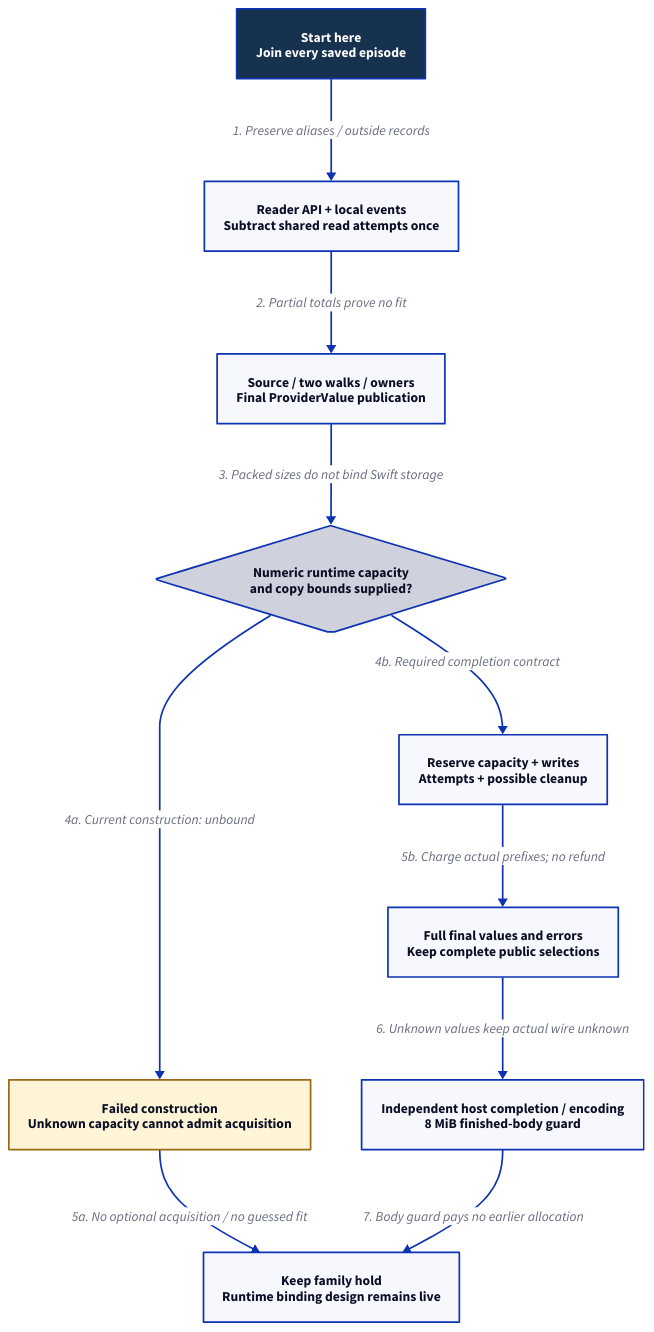
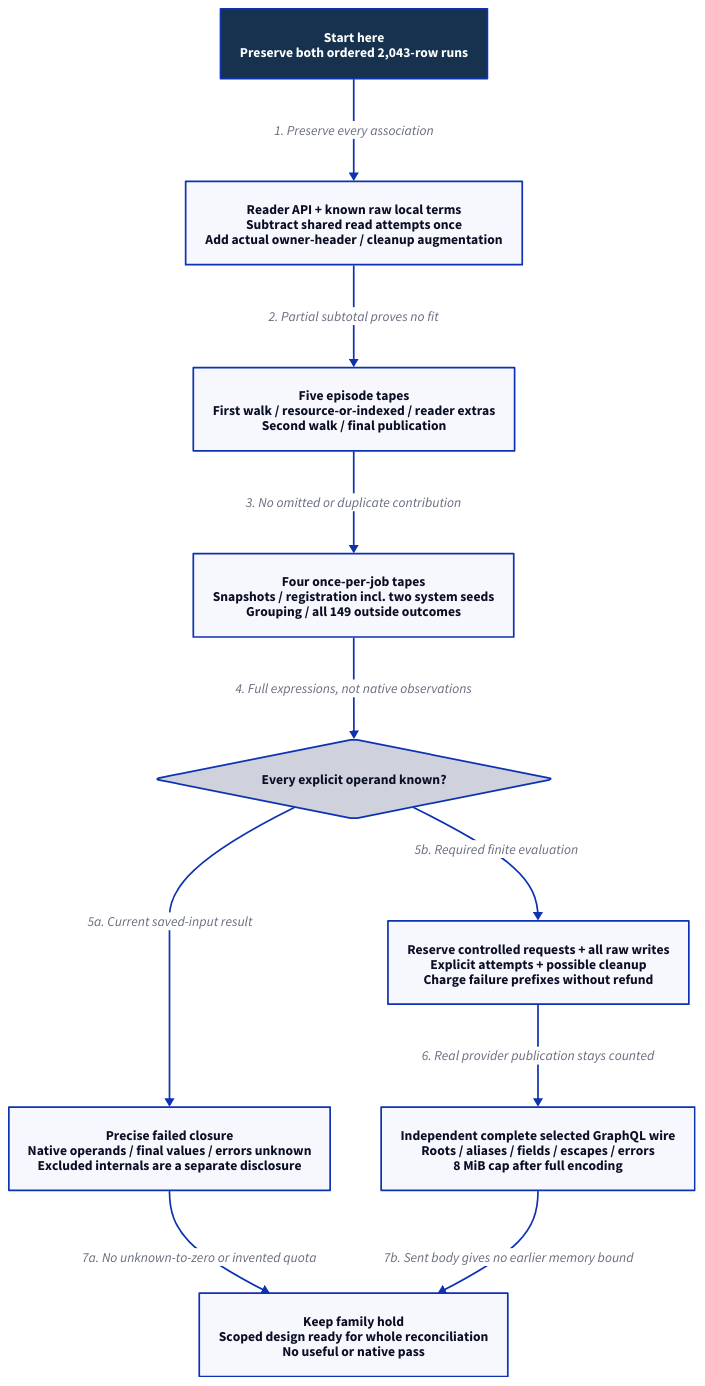
One commit to Linkuistics/Koine changed the diagram in docs/design/architecture/native-metadata-composition.d2. Above: the diagram before and after it, drawn with D2. The commit also changed 24 other files, not shown here.

First line of the commit message:
Reconcile scoped application metadata construction (application-metadata-scoped-accounting-k232)

```diff
--- a/docs/design/architecture/native-metadata-composition.d2
+++ b/docs/design/architecture/native-metadata-composition.d2
@@ -1,26 +1,23 @@
 direction: down
-start: "Start here\nJoin every saved episode" {
-  style.fill: "#16324f"
-  style.font-color: white
-  style.bold: true
+start: "Start here\nPreserve both ordered 2,043-row runs" {
+ style.fill: "#16324f"
+ style.font-color: white
+ style.bold: true
 }
-known: "Reader API + local events\nSubtract shared read attempts once"
-remaining: "Source / two walks / owners\nFinal ProviderValue publication"
-admit: "Numeric runtime capacity\nand copy bounds supplied?" { shape: diamond }
-failed: "Failed construction\nUnknown capacity cannot admit acquisition" {
-  style.fill: "#fff4d6"
-  style.stroke: "#9b6a18"
-}
-bound: "Reserve capacity + writes\nAttempts + possible cleanup"
-values: "Full final values and errors\nKeep complete public selections"
-wire: "Independent host completion / encoding\n8 MiB finished-body guard"
-hold: "Keep family hold\nRuntime binding design remains live"
-start -> known: "1. Preserve aliases / outside records"
-known -> remaining: "2. Partial totals prove no fit"
-remaining -> admit: "3. Packed sizes do not bind Swift storage"
-admit -> failed: "4a. Current construction: unbound"
-failed -> hold: "5a. No optional acquisition / no guessed fit"
-admit -> bound: "4b. Required completion contract"
-bound -> values: "5b. Charge actual prefixes; no refund"
-values -> wire: "6. Unknown values keep actual wire unknown"
-wire -> hold: "7. Body guard pays no earlier allocation"
+known: "Reader API + known raw local terms\nSubtract shared read attempts once\nAdd actual owner-header / cleanup augmentation"
+episodes: "Five episode tapes\nFirst walk / resource-or-indexed / reader extras\nSecond walk / final publication"
+job: "Four once-per-job tapes\nSnapshots / registration incl. two system seeds\nGrouping / all 149 outside outcomes"
+complete: "Every explicit operand known?" { shape: diamond }
+reserve: "Reserve controlled requests + all raw writes\nExplicit attempts + possible cleanup\nCharge failure prefixes without refund"
+unknown: "Precise failed closure\nNative operands / final values / errors unknown\nExcluded internals are a separate disclosure"
+wire: "Independent complete selected GraphQL wire\nRoots / aliases / fields / escapes / errors\n8 MiB cap after full encoding"
+hold: "Keep family hold\nScoped design ready for whole reconciliation\nNo useful or native pass"
+start -> known: "1. Preserve every association"
+known -> episodes: "2. Partial subtotal proves no fit"
+episodes -> job: "3. No omitted or duplicate contribution"
+job -> complete: "4. Full expressions, not native observations"
+complete -> unknown: "5a. Current saved-input result"
+complete -> reserve: "5b. Required finite evaluation"
+reserve -> wire: "6. Real provider publication stays counted"
+unknown -> hold: "7a. No unknown-to-zero or invented quota"
+wire -> hold: "7b. Sent body gives no earlier memory bound"
```
